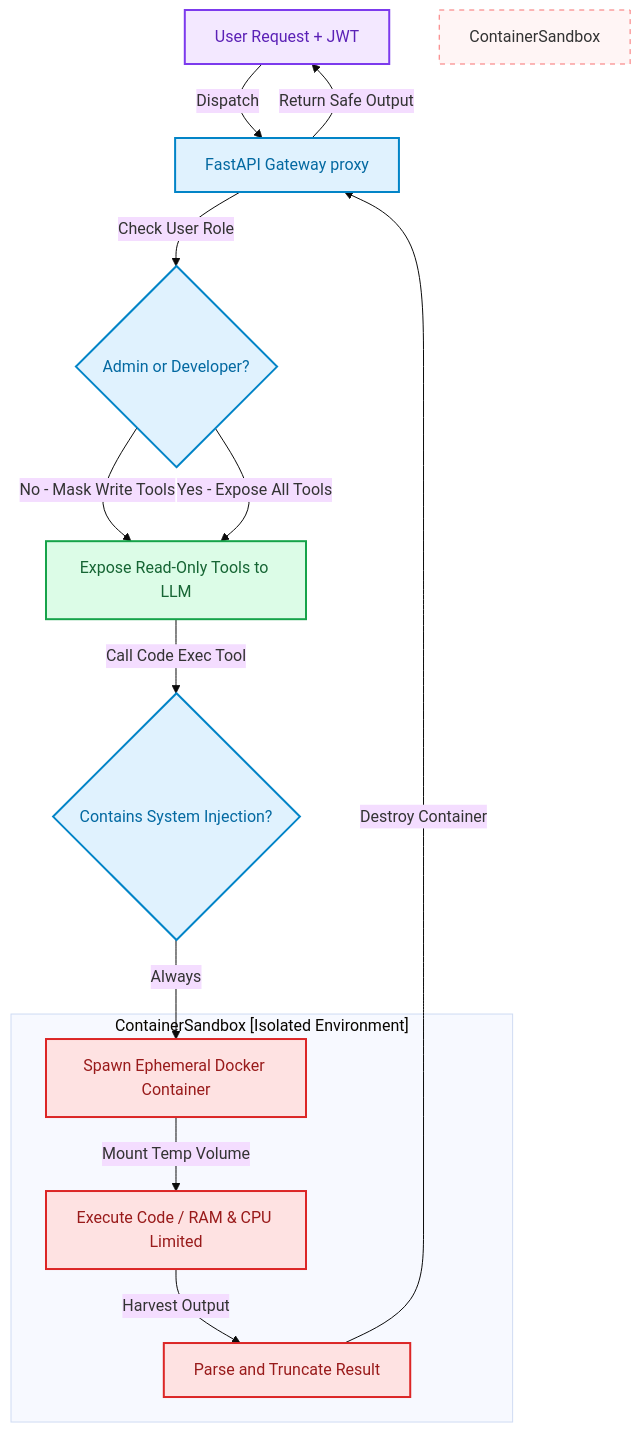
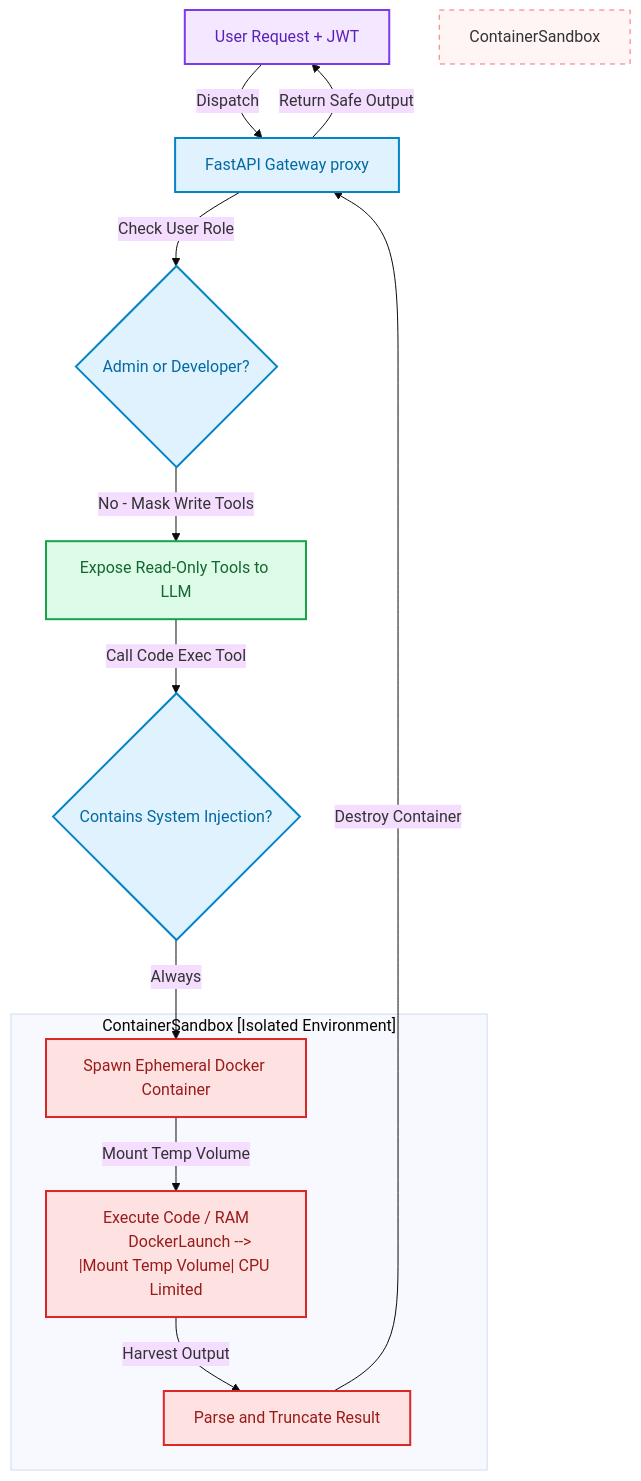
The diagram in blog/posts/context-engineering-ephemeral-sandboxing.md (akmalkhaniub/akmalkhaniub.github.io), drawn with Mermaid (base theme) before and after one commit. The commit also changed 894 other files, not shown here.

Commit message:
feat(blog): upgrade all 444 posts with unique staggered dates, 2-col Mermaid spines, benchmark tables, code blocks, and trade-offs

````diff
--- a/blog/posts/context-engineering-ephemeral-sandboxing.md
+++ b/blog/posts/context-engineering-ephemeral-sandboxing.md
@@ -24,31 +24,31 @@
 ```mermaid
 flowchart TD
     classDef start fill:#f3e8ff,stroke:#7c3aed,stroke-width:2px,color:#5b21b6;
     classDef gate fill:#e0f2fe,stroke:#0284c7,stroke-width:2px,color:#0369a1;
     classDef sandbox fill:#fee2e2,stroke:#dc2626,stroke-width:2px,color:#991b1b;
     classDef secure fill:#dcfce7,stroke:#16a34a,stroke-width:2px,color:#166534;
 
     User["User Request + JWT"] -->|Dispatch| Gateway["FastAPI Gateway proxy"]
     Gateway -->|Check User Role| RoleFilter{Admin or Developer?}
     
     RoleFilter -->|No - Mask Write Tools| AgentPrompt["Expose Read-Only Tools to LLM"]
-    RoleFilter -->|Yes - Expose All Tools| AgentPrompt
     
     AgentPrompt -->|Call Code Exec Tool| CodeCheck{Contains System Injection?}
     CodeCheck -->|Always| DockerLaunch["Spawn Ephemeral Docker Container"]
     
     subgraph SG1_ContainersandboxIsolatedEnvironment ["ContainerSandbox [Isolated Environment]"]
-        DockerLaunch -->|Mount Temp Volume| RunScript["Execute Code / RAM & CPU Limited"]
+        DockerLaunch --> |Mount Temp Volume| RunScript["Execute Code / RAM
+        DockerLaunch --> |Mount Temp Volume| CPU Limited"]
         RunScript -->|Harvest Output| OutputCheck["Parse and Truncate Result"]
     end
     
     OutputCheck -->|Destroy Container| Gateway
     Gateway -->|Return Safe Output| User
 
     class User start;
     class Gateway,RoleFilter,CodeCheck gate;
     class DockerLaunch,RunScript,OutputCheck sandbox;
     class AgentPrompt secure;
     
     style ContainerSandbox fill:#fff5f5,stroke:#f87171,stroke-width:1px,stroke-dasharray: 5 5
 ```
````
